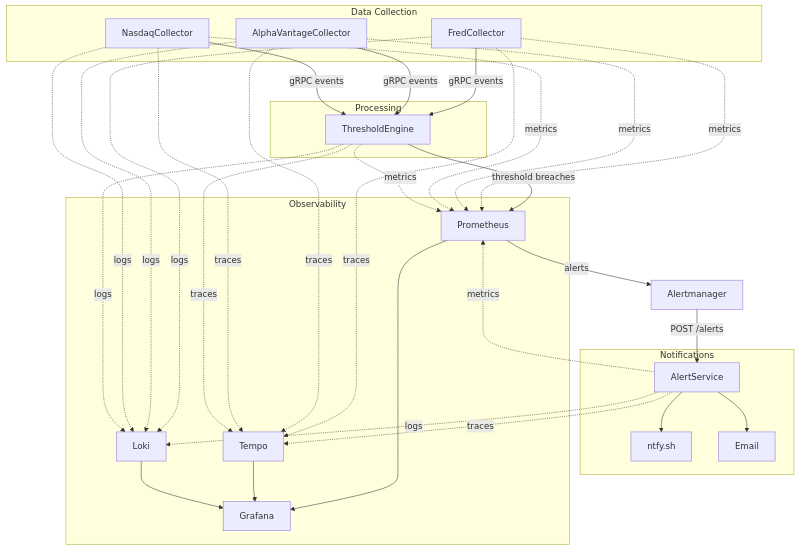
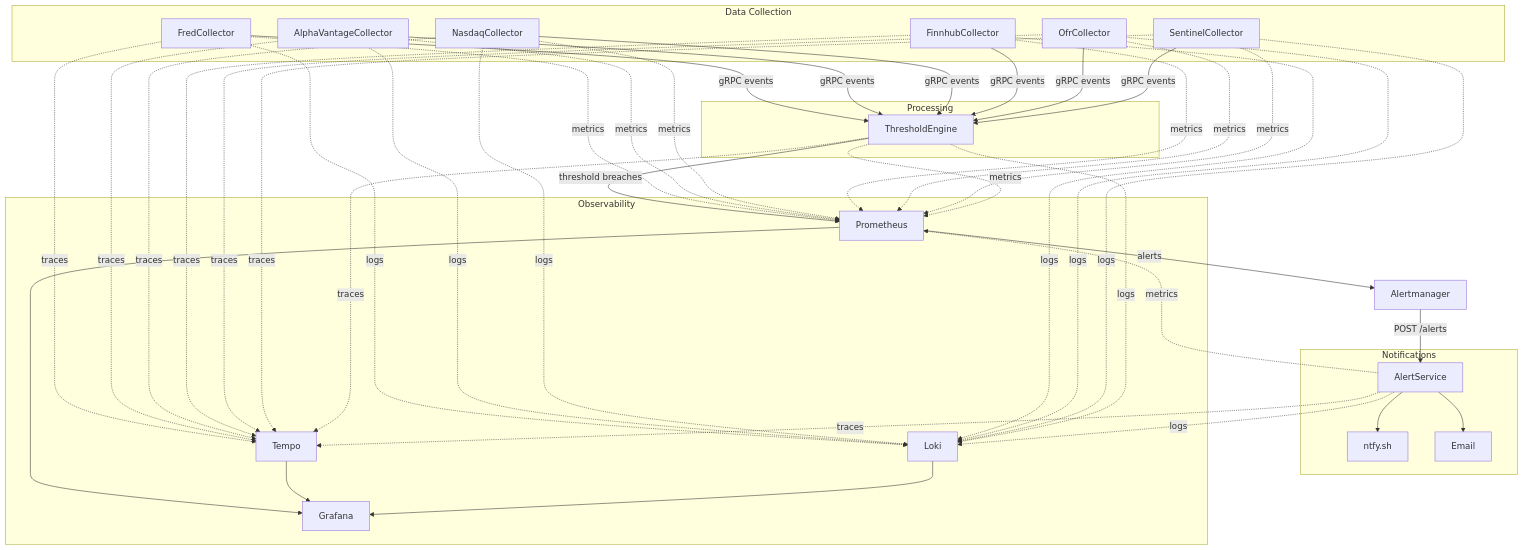
The third of 3 diagrams in README.md (jpansarasa/ATLAS-Docs), drawn with Mermaid before and after one commit. The commit also changed other lines of this file and 28 other files, not shown here.

````diff
--- a/README.md
+++ b/README.md
@@ -668,39 +718,45 @@
 ```mermaid
 flowchart TB
     subgraph Data Collection
         FC[FredCollector]
         AV[AlphaVantageCollector]
         NC[NasdaqCollector]
+        FH[FinnhubCollector]
+        OFR[OfrCollector]
+        SC[SentinelCollector]
     end
 
     subgraph Processing
         TE[ThresholdEngine]
     end
 
     subgraph Notifications
         AS[AlertService]
         NTFY[ntfy.sh]
         EMAIL[Email]
     end
 
     subgraph Observability
         PROM[Prometheus]
         TEMPO[Tempo]
         LOKI[Loki]
         GRAF[Grafana]
     end
 
     FC -->|gRPC events| TE
     AV -->|gRPC events| TE
     NC -->|gRPC events| TE
+    FH -->|gRPC events| TE
+    OFR -->|gRPC events| TE
+    SC -->|gRPC events| TE
     TE -->|threshold breaches| PROM
     PROM -->|alerts| AM[Alertmanager]
     AM -->|POST /alerts| AS
     AS --> NTFY
     AS --> EMAIL
 
-    FC & AV & NC & TE & AS -.->|traces| TEMPO
-    FC & AV & NC & TE & AS -.->|logs| LOKI
-    FC & AV & NC & TE & AS -.->|metrics| PROM
+    FC & AV & NC & FH & OFR & SC & TE & AS -.->|traces| TEMPO
+    FC & AV & NC & FH & OFR & SC & TE & AS -.->|logs| LOKI
+    FC & AV & NC & FH & OFR & SC & TE & AS -.->|metrics| PROM
     PROM & TEMPO & LOKI --> GRAF
 ```
````
